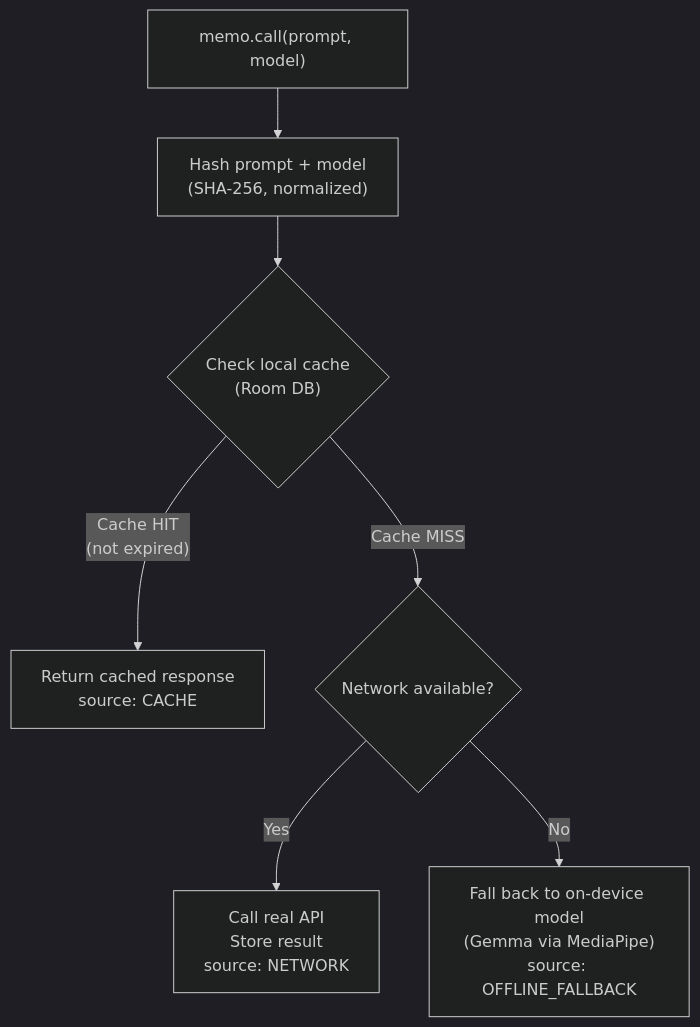
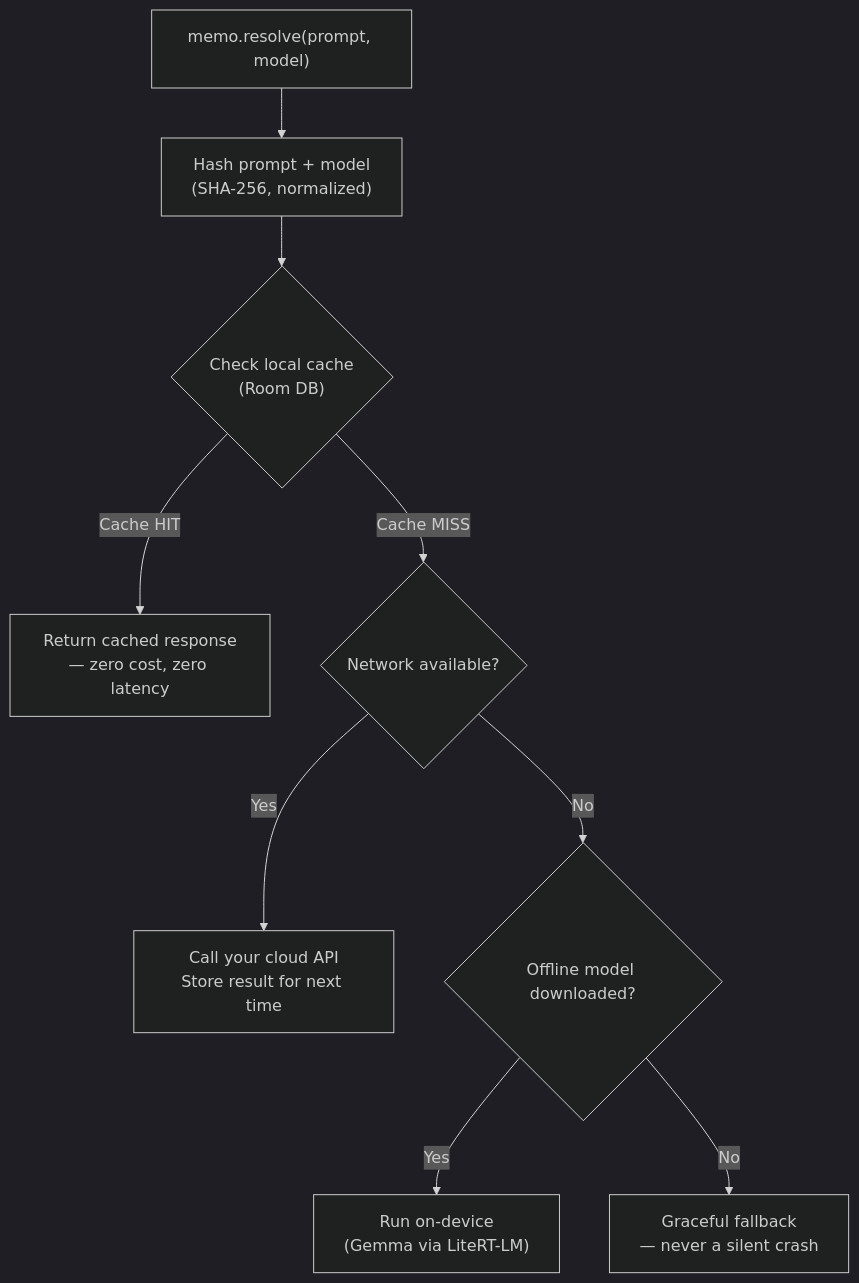
One commit to Majid460/memo-cache-android changed the diagram in README.md. Above: the diagram before and after it, drawn with Mermaid (dark theme). The commit also changed other lines of this file and 23 other files, not shown here.

First line of the commit message:
feat: implement tiered model management, auto-fallback, and resource monitoring

````diff
--- a/README.md
+++ b/README.md
@@ -23,9 +87,11 @@
 ```mermaid
 flowchart TD
-    A["memo.call(prompt, model)"] --> B["Hash prompt + model<br/>(SHA-256, normalized)"]
+    A["memo.resolve(prompt, model)"] --> B["Hash prompt + model<br/>(SHA-256, normalized)"]
     B --> C{"Check local cache<br/>(Room DB)"}
-    C -->|"Cache HIT<br/>(not expired)"| D["Return cached response<br/>source: CACHE"]
+    C -->|"Cache HIT"| D["Return cached response<br/>— zero cost, zero latency"]
     C -->|"Cache MISS"| E{"Network available?"}
-    E -->|"Yes"| F["Call real API<br/>Store result<br/>source: NETWORK"]
-    E -->|"No"| G["Fall back to on-device model<br/>(Gemma via MediaPipe)<br/>source: OFFLINE_FALLBACK"]
+    E -->|"Yes"| F["Call your cloud API<br/>Store result for next time"]
+    E -->|"No"| G{"Offline model downloaded?"}
+    G -->|"Yes"| H["Run on-device<br/>(Gemma via LiteRT-LM)"]
+    G -->|"No"| I["Graceful fallback<br/>— never a silent crash"]
 ```
````
